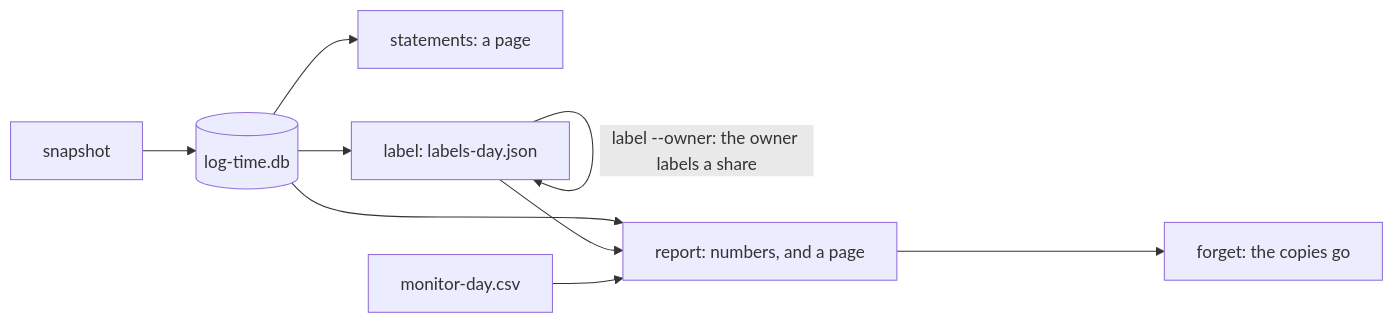
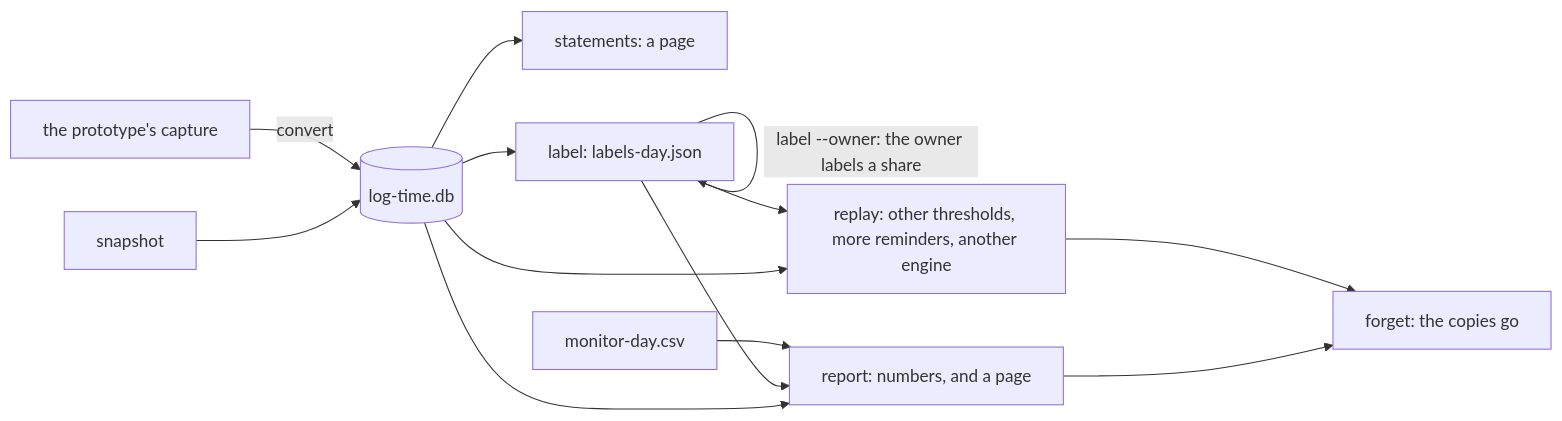
One commit to devfrx/jiffin changed the second of 3 diagrams in docs/design/harness.md. Above: the diagram before and after it, drawn with Mermaid. The commit also changed other lines of this file and 14 other files, not shown here.

````diff
--- a/docs/design/harness.md
+++ b/docs/design/harness.md
@@ -62,12 +62,16 @@
 ```mermaid
 flowchart LR
     S[snapshot] --> C[(log-time.db)]
+    X[the prototype's capture] -->|convert| C
     C --> T[statements: a page]
     C --> L[label: labels-day.json]
     L -->|Claude labels every pair| L
     L -->|label --owner: the owner labels a share| L
     C --> R[report: numbers, and a page]
     L --> R
     M[monitor-day.csv] --> R
+    C --> P[replay: other thresholds, more reminders, another engine]
+    L --> P
     R --> F[forget: the copies go]
+    P --> F
 ```
````
